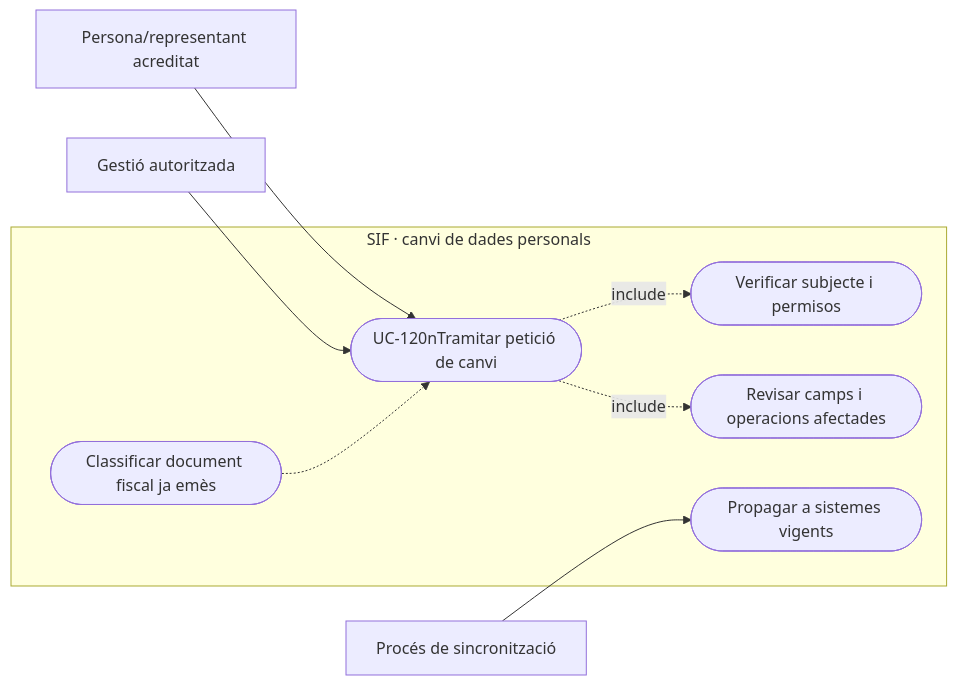
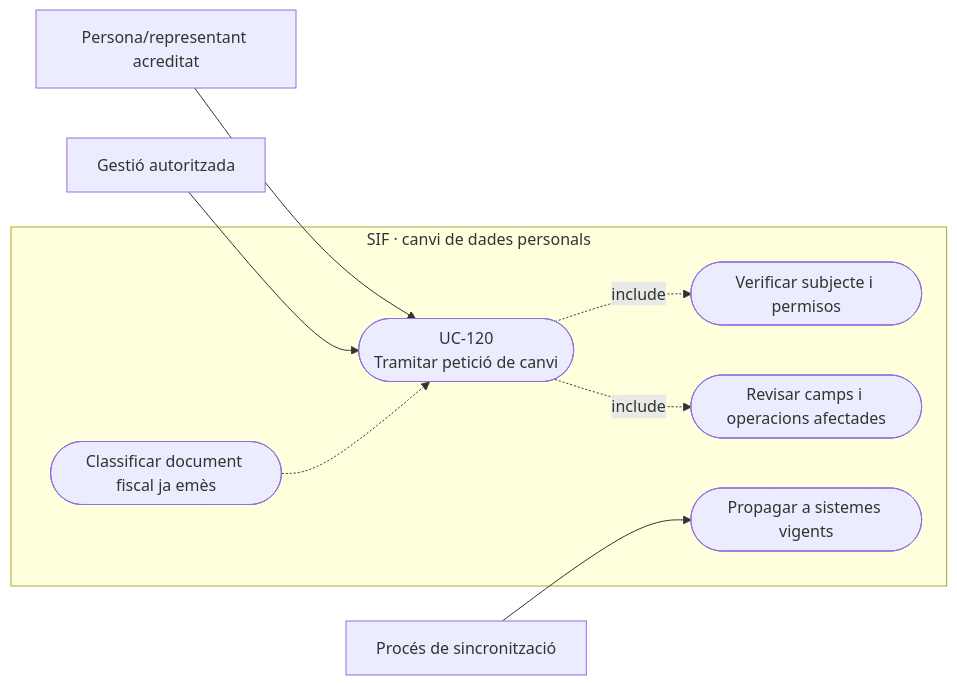
One commit to orgmeriemprismacat-del/verifactu changed the second of 4 diagrams in documentacio/07-uml-integrat/uc-120-canvi-dades-personals-propagacio.md. Above: the diagram before and after it, drawn with Mermaid.

Commit message:
docs(uml): corregir salts Mermaid UC-120

````diff
--- a/documentacio/07-uml-integrat/uc-120-canvi-dades-personals-propagacio.md
+++ b/documentacio/07-uml-integrat/uc-120-canvi-dades-personals-propagacio.md
@@ -86,19 +86,19 @@
 ```mermaid
 flowchart LR
   a_0["Persona/representant acreditat"]
   a_1["Gestió autoritzada"]
   a_2["Procés de sincronització"]
   subgraph SIF_BOUNDARY["SIF · canvi de dades personals"]
-    u_0(["UC-120nTramitar petició de canvi"])
+    u_0(["UC-120<br/>Tramitar petició de canvi"])
     u_1(["Verificar subjecte i permisos"])
     u_2(["Revisar camps i operacions afectades"])
     u_3(["Propagar a sistemes vigents"])
     u_4(["Classificar document fiscal ja emès"])
   end
   a_0 --> u_0
   a_1 --> u_0
   a_2 --> u_3
   u_0 -.->|include| u_1
   u_0 -.->|include| u_2
   u_4 -.-> u_0
 ```
````
